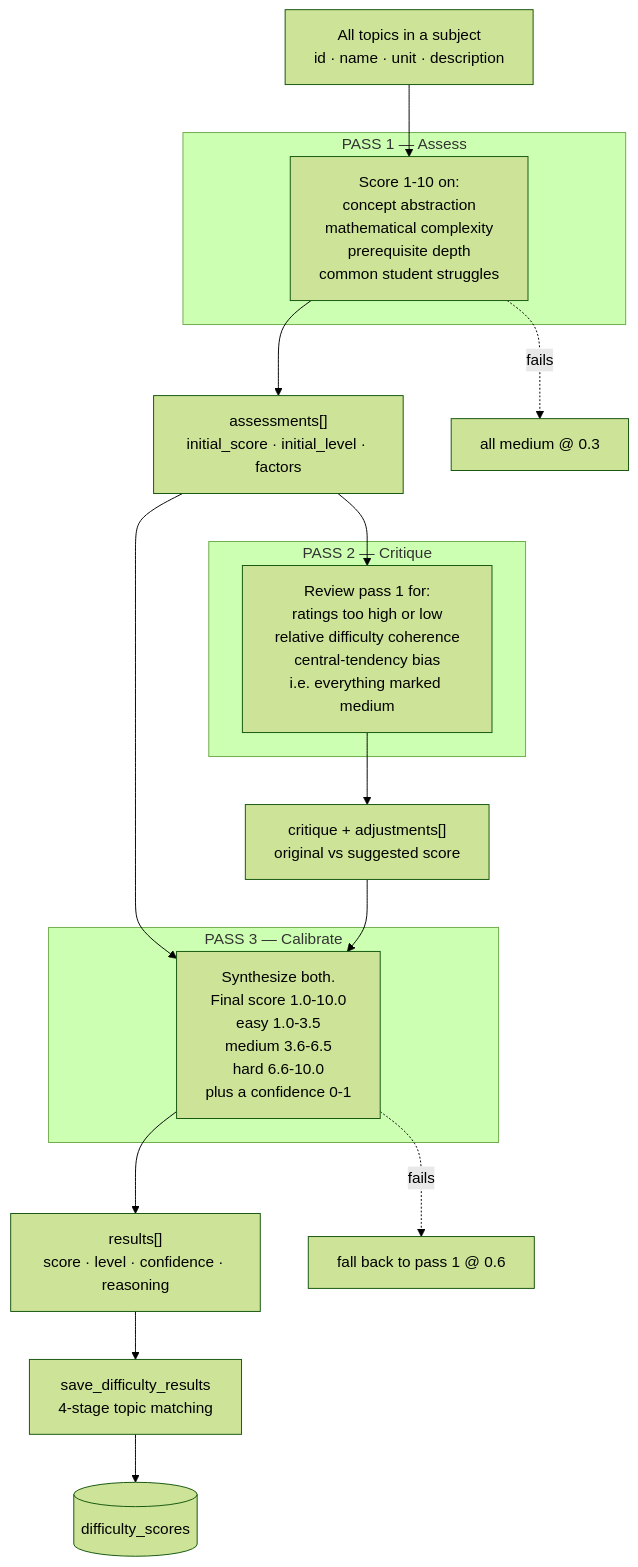
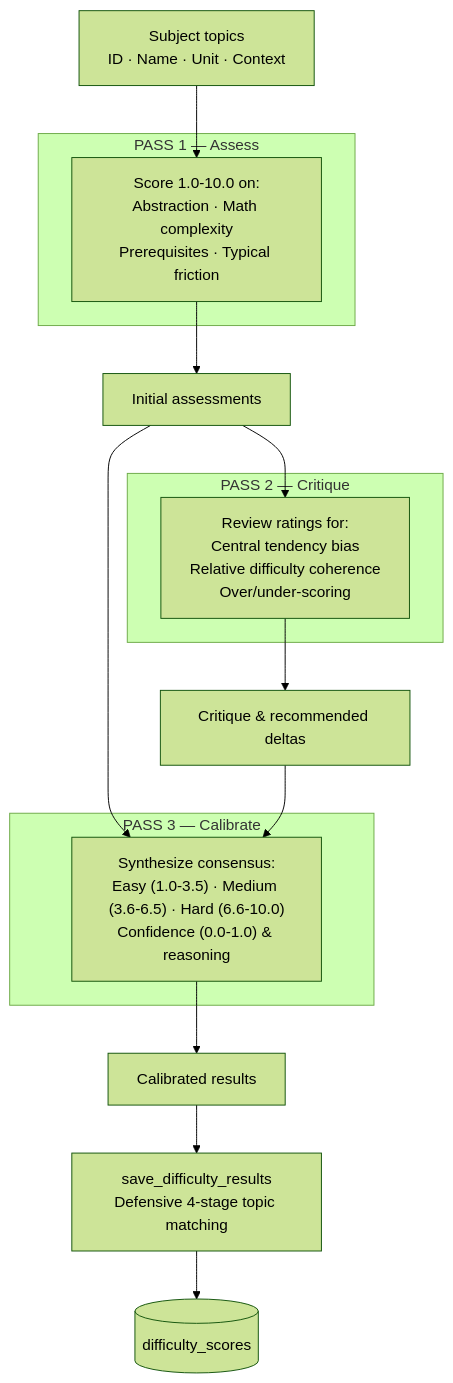
The third of 6 diagrams in README.md (Ramcharan-Tej-S/SADHANA1.0), drawn with Mermaid (forest theme) before and after one commit. The commit also changed other lines of this file, not shown here.

````diff
--- a/README.md
+++ b/README.md
@@ -295,31 +252,28 @@
 ```mermaid
 graph TB
-    T["All topics in a subject<br/>id · name · unit · description"] --> P1
+    T["Subject topics<br/>ID · Name · Unit · Context"] --> P1
 
     subgraph Pass1["PASS 1 — Assess"]
-        P1["Score 1-10 on:<br/>concept abstraction<br/>mathematical complexity<br/>prerequisite depth<br/>common student struggles"]
+        P1["Score 1.0-10.0 on:<br/>Abstraction · Math complexity<br/>Prerequisites · Typical friction"]
     end
 
-    P1 --> A1["assessments[]<br/>initial_score · initial_level · factors"]
+    P1 --> A1["Initial assessments"]
     A1 --> P2
 
     subgraph Pass2["PASS 2 — Critique"]
-        P2["Review pass 1 for:<br/>ratings too high or low<br/>relative difficulty coherence<br/>central-tendency bias<br/>i.e. everything marked medium"]
+        P2["Review ratings for:<br/>Central tendency bias<br/>Relative difficulty coherence<br/>Over/under-scoring"]
     end
 
-    P2 --> A2["critique + adjustments[]<br/>original vs suggested score"]
+    P2 --> A2["Critique & recommended deltas"]
 
     A1 --> P3
     A2 --> P3
 
     subgraph Pass3["PASS 3 — Calibrate"]
-        P3["Synthesize both.<br/>Final score 1.0-10.0<br/>easy 1.0-3.5<br/>medium 3.6-6.5<br/>hard 6.6-10.0<br/>plus a confidence 0-1"]
+        P3["Synthesize consensus:<br/>Easy (1.0-3.5) · Medium (3.6-6.5) · Hard (6.6-10.0)<br/>Confidence (0.0-1.0) & reasoning"]
     end
 
-    P3 --> R["results[]<br/>score · level · confidence · reasoning"]
-    R --> S["save_difficulty_results<br/>4-stage topic matching"]
+    P3 --> R["Calibrated results"]
+    R --> S["save_difficulty_results<br/>Defensive 4-stage topic matching"]
     S --> DB[("difficulty_scores")]
-
-    P1 -.->|"fails"| FB["all medium @ 0.3"]
-    P3 -.->|"fails"| FB2["fall back to pass 1 @ 0.6"]
 ```
````
